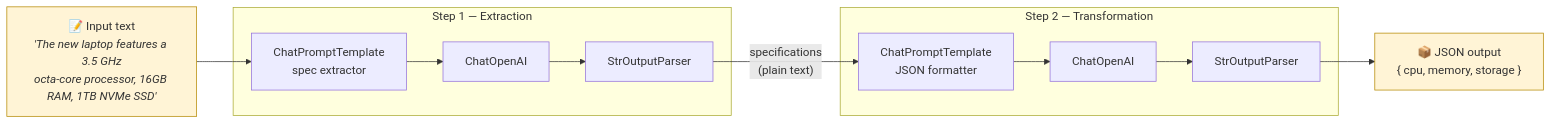
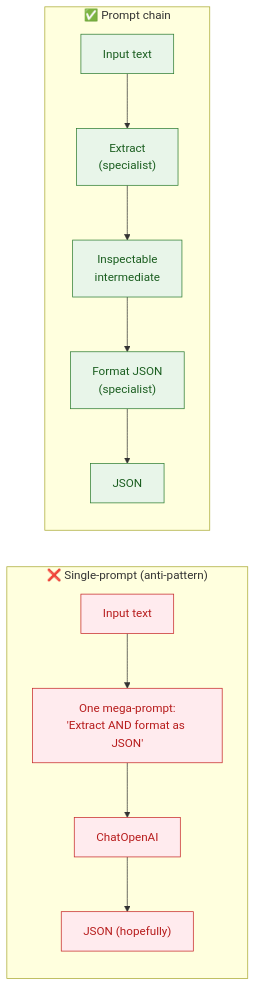
One commit to gtesei/agentic_design_patterns changed the second of 2 diagrams in foundational_design_patterns/1_prompt_chain/README.md. Above: the diagram before and after it, drawn with Mermaid. The commit also changed other lines of this file, not shown here.

Commit message:
docs(1_prompt_chain): add Mermaid diagram of the spec→JSON chain

````diff
--- a/foundational_design_patterns/1_prompt_chain/README.md
+++ b/foundational_design_patterns/1_prompt_chain/README.md
@@ -19,27 +65,21 @@
 ```mermaid
 flowchart LR
-    In["📝 Input text<br/><i>'The new laptop features a 3.5 GHz<br/>octa-core processor, 16GB RAM, 1TB NVMe SSD'</i>"]
-
-    subgraph S1["Step 1 — Extraction"]
-        P1["ChatPromptTemplate<br/>spec extractor"]
-        L1["ChatOpenAI"]
-        O1["StrOutputParser"]
-        P1 --> L1 --> O1
+    subgraph Anti["❌ Single-prompt (anti-pattern)"]
+        direction TB
+        AIn["Input text"] --> AP["One mega-prompt:<br/>'Extract AND format as JSON'"]
+        AP --> ALLM["ChatOpenAI"]
+        ALLM --> AOut["JSON (hopefully)"]
+    end
+    subgraph Pro["✅ Prompt chain"]
+        direction TB
+        PIn["Input text"] --> PE["Extract<br/>(specialist)"]
+        PE --> PMid["Inspectable<br/>intermediate"]
+        PMid --> PT["Format JSON<br/>(specialist)"]
+        PT --> POut["JSON"]
     end
 
-    subgraph S2["Step 2 — Transformation"]
-        P2["ChatPromptTemplate<br/>JSON formatter"]
-        L2["ChatOpenAI"]
-        O2["StrOutputParser"]
-        P2 --> L2 --> O2
-    end
-
-    Out["📦 JSON output<br/>{ cpu, memory, storage }"]
-
-    In --> P1
-    O1 -- "specifications<br/>(plain text)" --> P2
-    O2 --> Out
-
-    classDef io fill:#fff4d6,stroke:#b58900,color:#333
-    class In,Out io
+    classDef anti fill:#ffebee,stroke:#c62828,color:#b71c1c
+    classDef pro fill:#e8f5e9,stroke:#2e7d32,color:#1b5e20
+    class AIn,AP,ALLM,AOut anti
+    class PIn,PE,PMid,PT,POut pro
 ```
````
